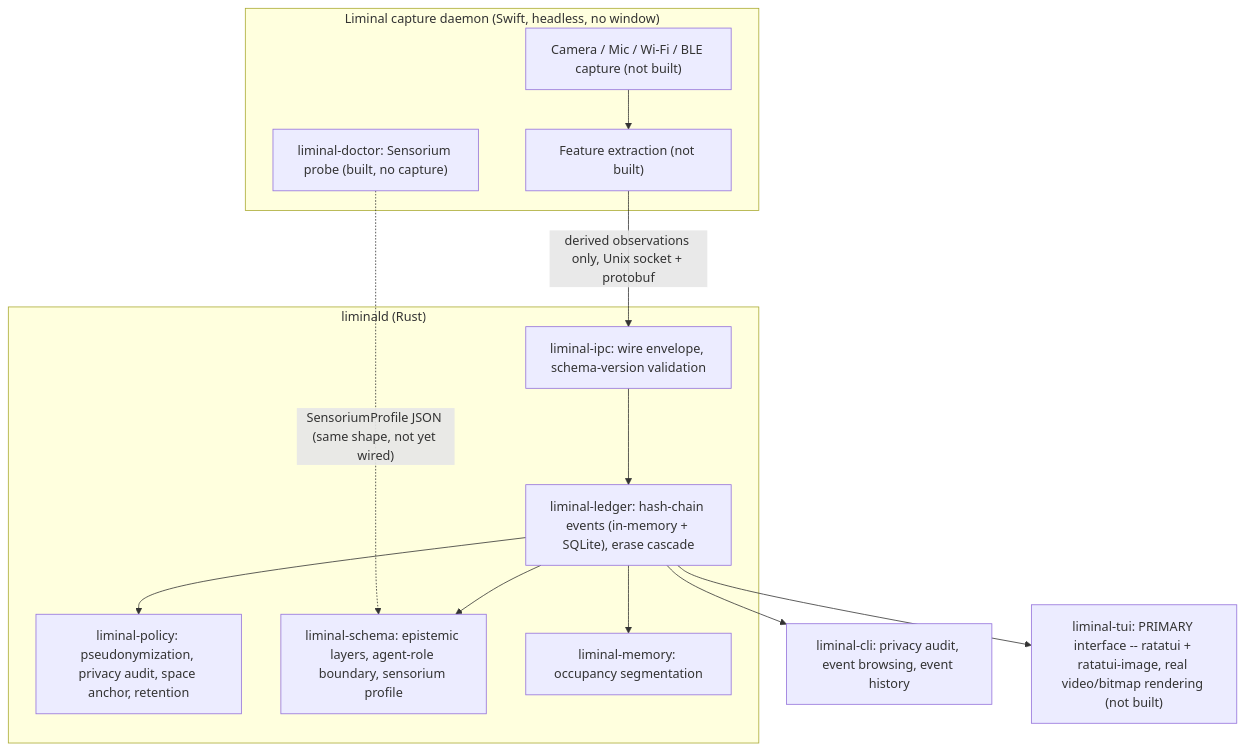
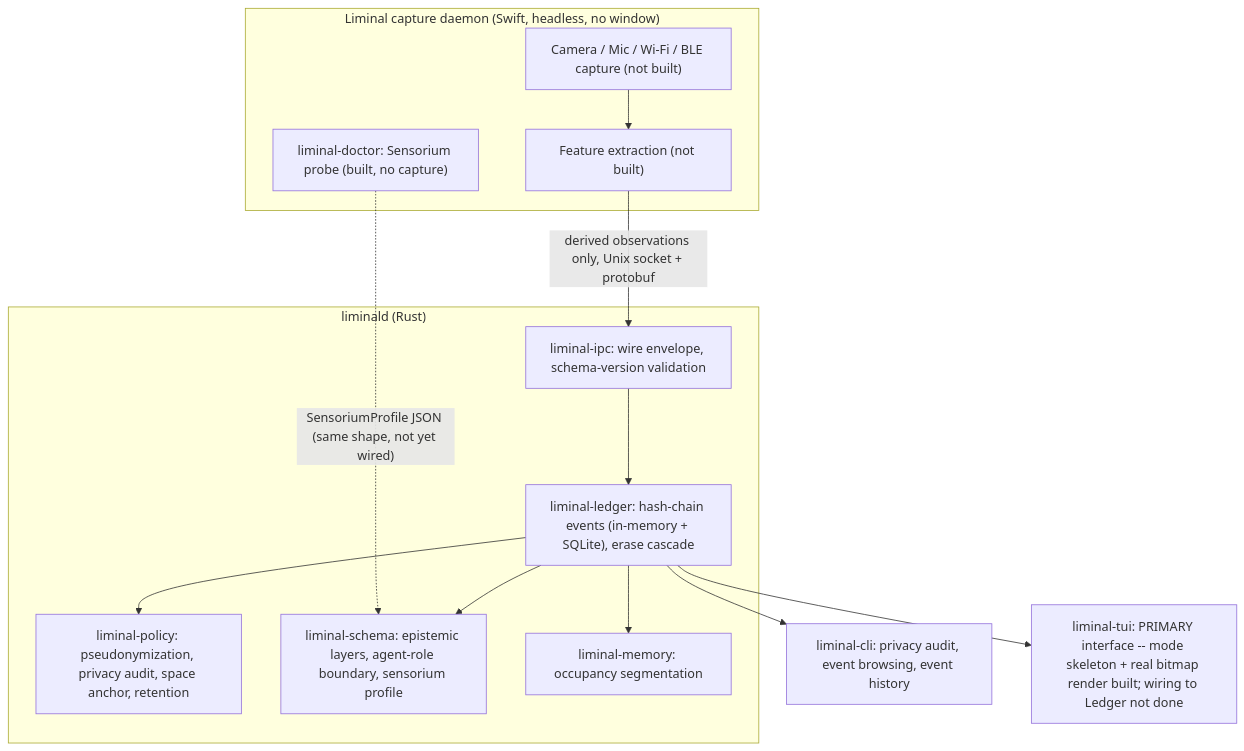
The diagram in docs/ARCHITECTURE.md (randyren278/liminal), drawn with Mermaid before and after one commit. The commit also changed other lines of this file and 7 other files, not shown here.

First line of the commit message:
Add liminal-tui: mode skeleton + real terminal image rendering (roadmap item 1)

````diff
--- a/docs/ARCHITECTURE.md
+++ b/docs/ARCHITECTURE.md
@@ -19,27 +19,27 @@
 ```mermaid
 flowchart TB
     subgraph Swift["Liminal capture daemon (Swift, headless, no window)"]
         Doctor["liminal-doctor: Sensorium probe (built, no capture)"]
         Sensors["Camera / Mic / Wi-Fi / BLE capture (not built)"]
         Extract["Feature extraction (not built)"]
     end
     subgraph Rust["liminald (Rust)"]
         IPC["liminal-ipc: wire envelope, schema-version validation"]
         Ledger["liminal-ledger: hash-chain events (in-memory + SQLite), erase cascade"]
         Policy["liminal-policy: pseudonymization, privacy audit, space anchor, retention"]
         Schema["liminal-schema: epistemic layers, agent-role boundary, sensorium profile"]
         Memory["liminal-memory: occupancy segmentation"]
     end
     CLI["liminal-cli: privacy audit, event browsing, event history"]
-    TUI["liminal-tui: PRIMARY interface -- ratatui + ratatui-image, real video/bitmap rendering (not built)"]
+    TUI["liminal-tui: PRIMARY interface -- mode skeleton + real bitmap render built; wiring to Ledger not done"]
 
     Doctor -.->|"SensoriumProfile JSON (same shape, not yet wired)"| Schema
     Sensors --> Extract
     Extract -->|"derived observations only, Unix socket + protobuf"| IPC
     IPC --> Ledger
     Ledger --> Policy
     Ledger --> Schema
     Ledger --> Memory
     Ledger --> CLI
     Ledger --> TUI
 ```
````
